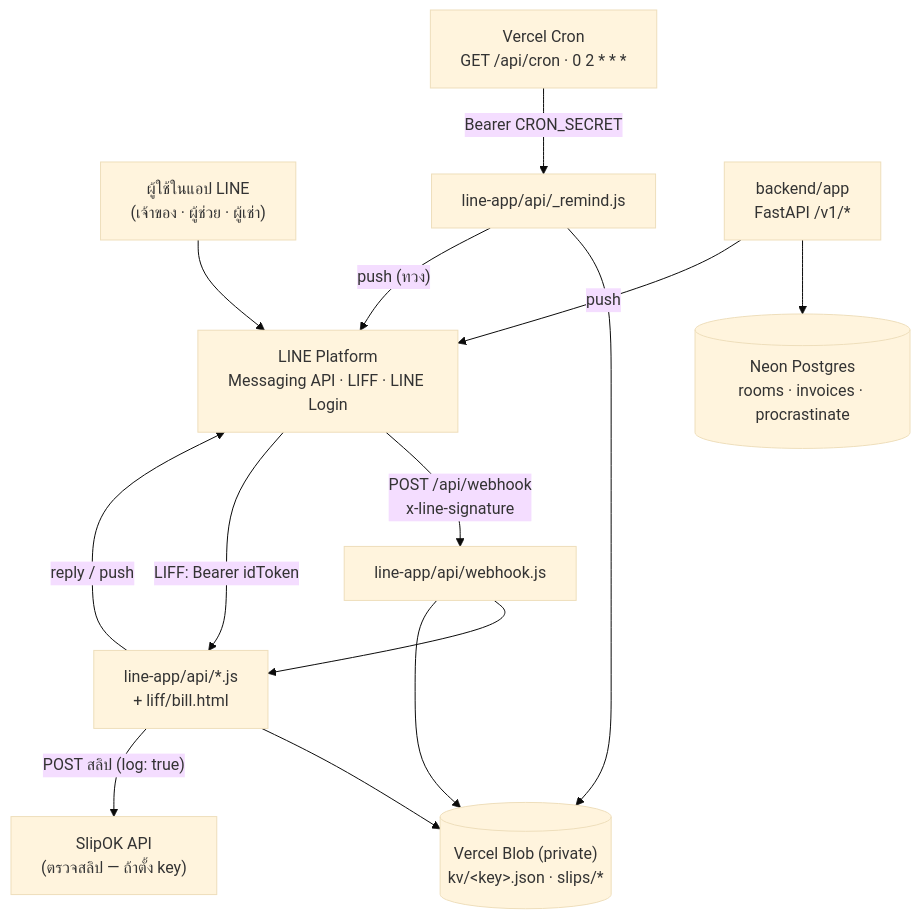
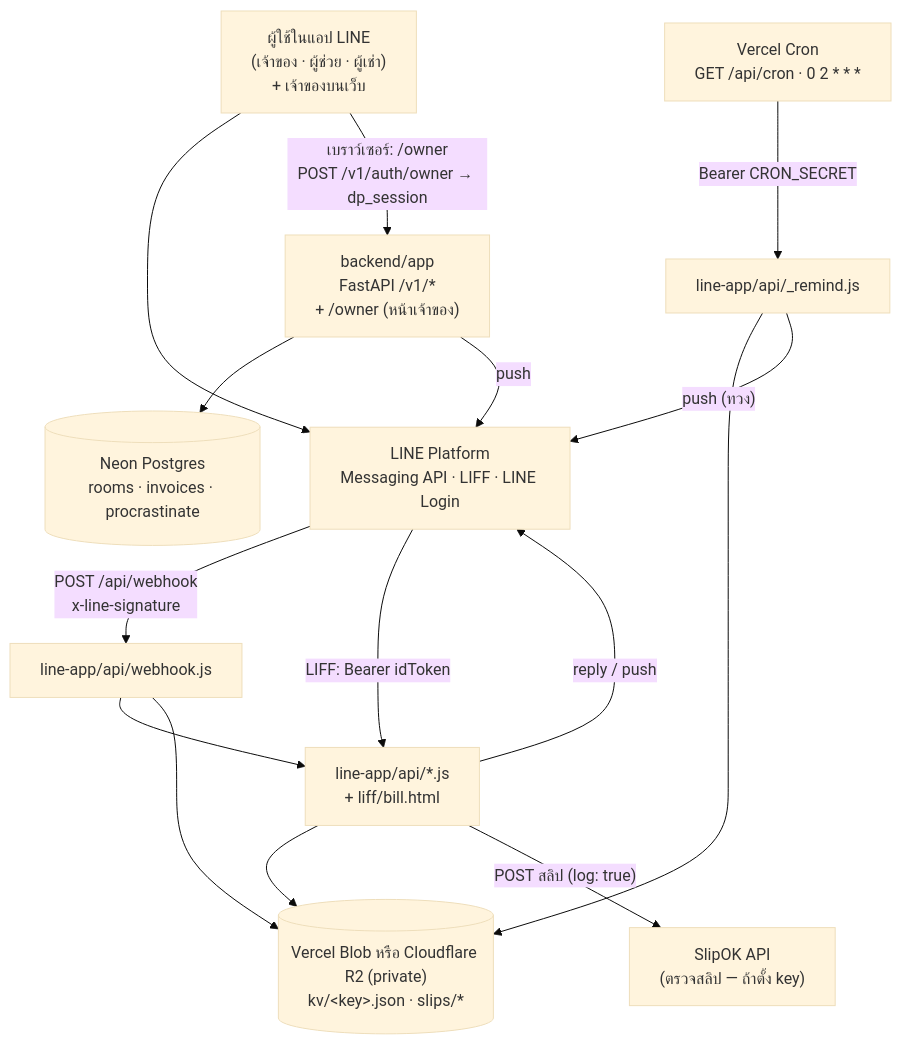
One commit to WinTuner/Dormplus-prototype changed the diagram in docs/ARCHITECTURE.md. Above: the diagram before and after it, drawn with Mermaid (base theme). The commit also changed other lines of this file and 7 other files, not shown here.

````diff
--- a/docs/ARCHITECTURE.md
+++ b/docs/ARCHITECTURE.md
@@ -58,27 +60,28 @@
 ```mermaid
 graph TD
-  USER["ผู้ใช้ในแอป LINE<br/>(เจ้าของ · ผู้ช่วย · ผู้เช่า)"]
+  USER["ผู้ใช้ในแอป LINE<br/>(เจ้าของ · ผู้ช่วย · ผู้เช่า)<br/>+ เจ้าของบนเว็บ"]
   LINE["LINE Platform<br/>Messaging API · LIFF · LINE Login"]
   WH["line-app/api/webhook.js"]
   API["line-app/api/*.js<br/>+ liff/bill.html"]
-  BLOB[("Vercel Blob (private)<br/>kv/&lt;key&gt;.json · slips/*")]
+  BLOB[("Vercel Blob หรือ Cloudflare R2 (private)<br/>kv/&lt;key&gt;.json · slips/*")]
   SLIPOK["SlipOK API<br/>(ตรวจสลิป — ถ้าตั้ง key)"]
   CRON["Vercel Cron<br/>GET /api/cron · 0 2 * * *"]
   REM["line-app/api/_remind.js"]
-  BE["backend/app<br/>FastAPI /v1/*"]
+  BE["backend/app<br/>FastAPI /v1/*<br/>+ /owner (หน้าเจ้าของ)"]
   PG[("Neon Postgres<br/>rooms · invoices · procrastinate")]
 
   USER --> LINE
   LINE -->|"POST /api/webhook<br/>x-line-signature"| WH
   LINE -->|"LIFF: Bearer idToken"| API
+  USER -->|"เบราว์เซอร์: /owner<br/>POST /v1/auth/owner → dp_session"| BE
   WH --> API
   WH --> BLOB
   API --> BLOB
   API -->|"reply / push"| LINE
   API -->|"POST สลิป (log: true)"| SLIPOK
   CRON -->|"Bearer CRON_SECRET"| REM
   REM --> BLOB
   REM -->|"push (ทวง)"| LINE
   BE --> PG
   BE -->|"push"| LINE
 ```
````
